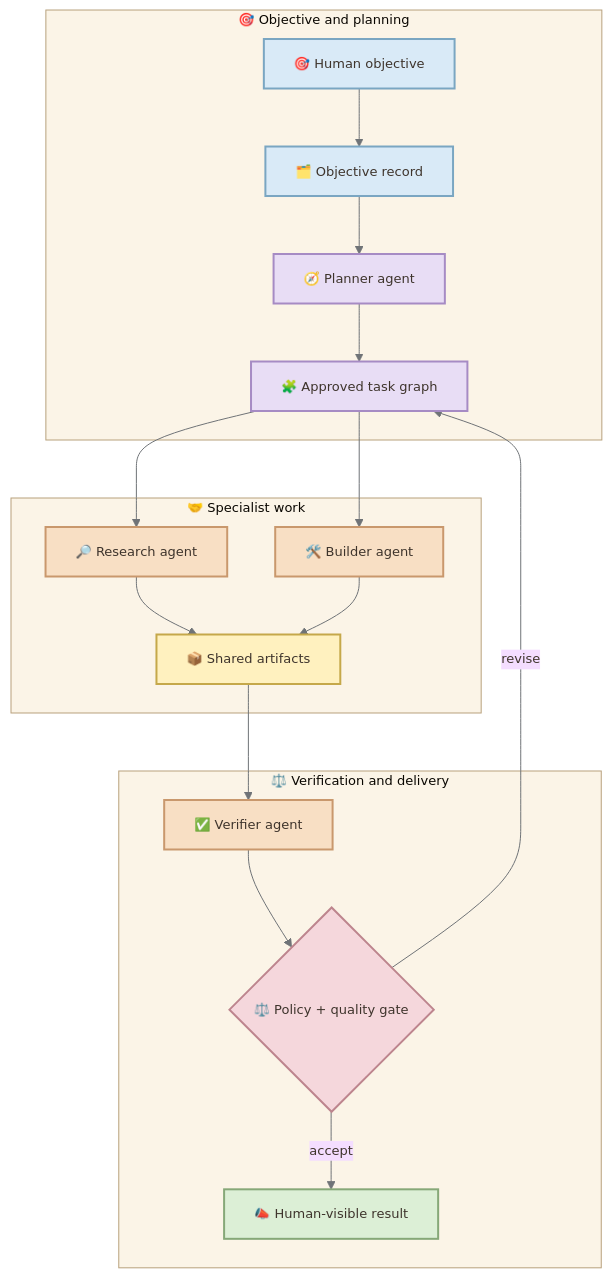
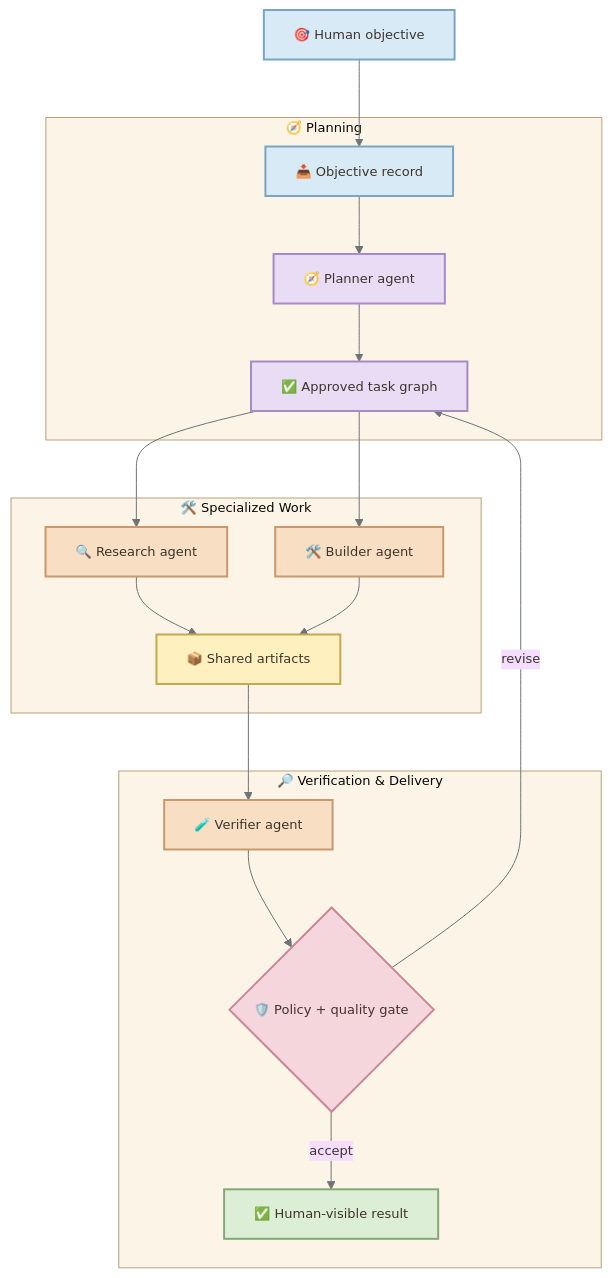
The second of 3 diagrams in _posts/2026-09-22-the-agentic-monolith.md (enogrob/enogrob.github.io), drawn with Mermaid before and after one commit. The commit also changed other lines of this file and 9 other files, not shown here.

````diff
--- a/_posts/2026-09-22-the-agentic-monolith.md
+++ b/_posts/2026-09-22-the-agentic-monolith.md
@@ -188,33 +277,33 @@
 ```mermaid!
 %%{init: {'theme':'base','flowchart':{'useMaxWidth':true,'htmlLabels':true,'nodeSpacing':48,'rankSpacing':58,'curve':'basis'},'themeVariables':{'background':'#FFF8EF','primaryTextColor':'#3E342C','lineColor':'#6F7377','fontFamily':'Trebuchet MS, Verdana, sans-serif','fontSize':'13px','clusterBkg':'#FBF4E7','clusterBorder':'#B8A17D'}}}%%
 flowchart TD
-  subgraph intake["🎯 Objective and planning"]
-    U["🎯 Human objective"] --> O["🗂️ Objective record"]
-    O --> P["🧭 Planner agent"]
-    P --> T["🧩 Approved task graph"]
+  U["🎯 Human objective"] --> O
+  subgraph PLAN["🧭 Planning"]
+    O["📥 Objective record"] --> P["🧭 Planner agent"]
+    P --> T["✅ Approved task graph"]
   end
-  subgraph specialists["🤝 Specialist work"]
-    T --> R["🔎 Research agent"]
+  subgraph WORK["🛠️ Specialized Work"]
+    T --> R["🔍 Research agent"]
     T --> B["🛠️ Builder agent"]
     R --> A["📦 Shared artifacts"]
     B --> A
   end
-  subgraph governance["⚖️ Verification and delivery"]
-    A --> V["✅ Verifier agent"]
-    V --> G{"⚖️ Policy + quality gate"}
-    G -->|accept| D["📣 Human-visible result"]
+  subgraph VERIFY["🔎 Verification & Delivery"]
+    A --> V["🧪 Verifier agent"]
+    V --> G{"🛡️ Policy + quality gate"}
+    G -->|revise| T
+    G -->|accept| D["✅ Human-visible result"]
   end
-  G -->|revise| T
-  classDef input fill:#D9EAF7,stroke:#7AA6C2,color:#3E342C,stroke-width:2px;
-  classDef orchestration fill:#E8DDF5,stroke:#A68BC4,color:#3E342C,stroke-width:2px;
-  classDef specialist fill:#F8DFC4,stroke:#C9986D,color:#3E342C,stroke-width:2px;
-  classDef artifact fill:#FFF1BF,stroke:#C5A84A,color:#3E342C,stroke-width:2px;
-  classDef governance fill:#F5D7DC,stroke:#BD858E,color:#3E342C,stroke-width:2px;
-  classDef outcome fill:#DCEFD6,stroke:#86A878,color:#3E342C,stroke-width:2px;
-  class U,O input;
-  class P,T orchestration;
-  class R,B,V specialist;
-  class A artifact;
-  class G governance;
-  class D outcome;
+  classDef blue fill:#D9EAF7,stroke:#7AA6C2,color:#3E342C,stroke-width:2px;
+  classDef purple fill:#E8DDF5,stroke:#A68BC4,color:#3E342C,stroke-width:2px;
+  classDef orange fill:#F8DFC4,stroke:#C9986D,color:#3E342C,stroke-width:2px;
+  classDef yellow fill:#FFF1BF,stroke:#C8A84E,color:#3E342C,stroke-width:2px;
+  classDef rose fill:#F6D6DD,stroke:#C98798,color:#3E342C,stroke-width:2px;
+  classDef green fill:#DCEFD6,stroke:#86A878,color:#3E342C,stroke-width:2px;
+  class U,O blue;
+  class P,T purple;
+  class R,B,V orange;
+  class A yellow;
+  class G rose;
+  class D green;
 ```
````
